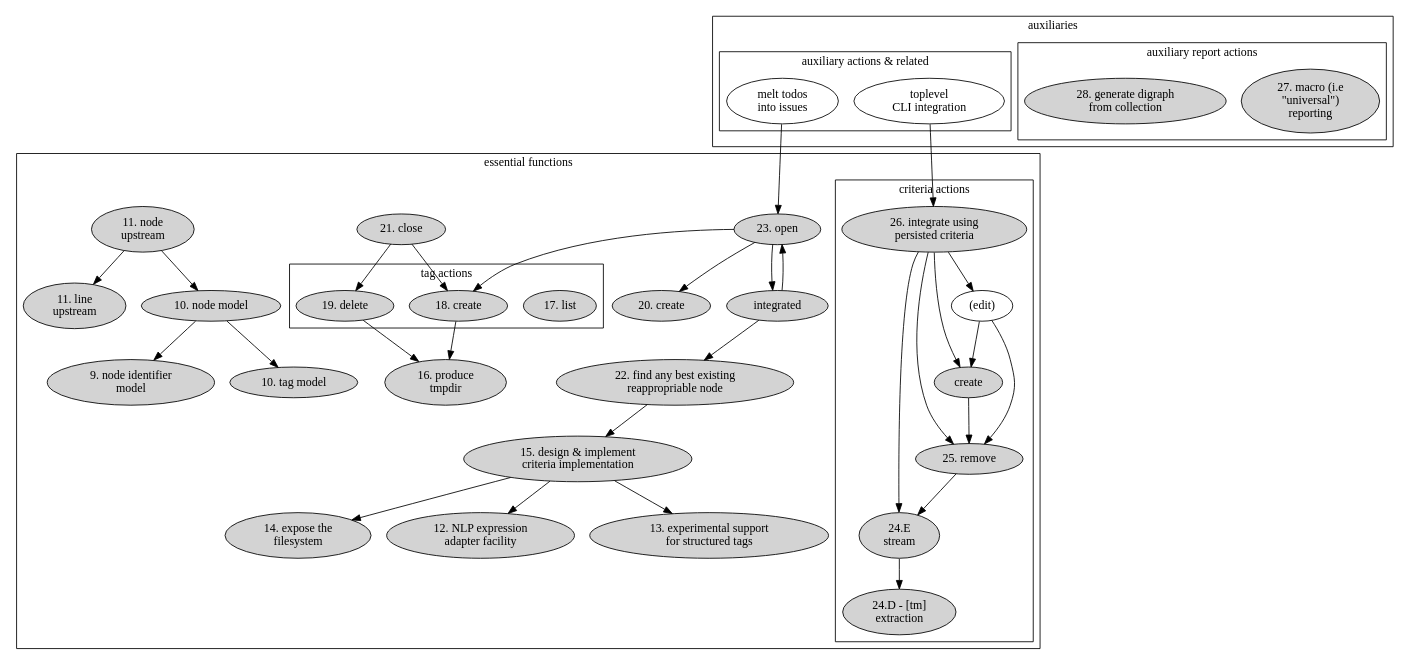
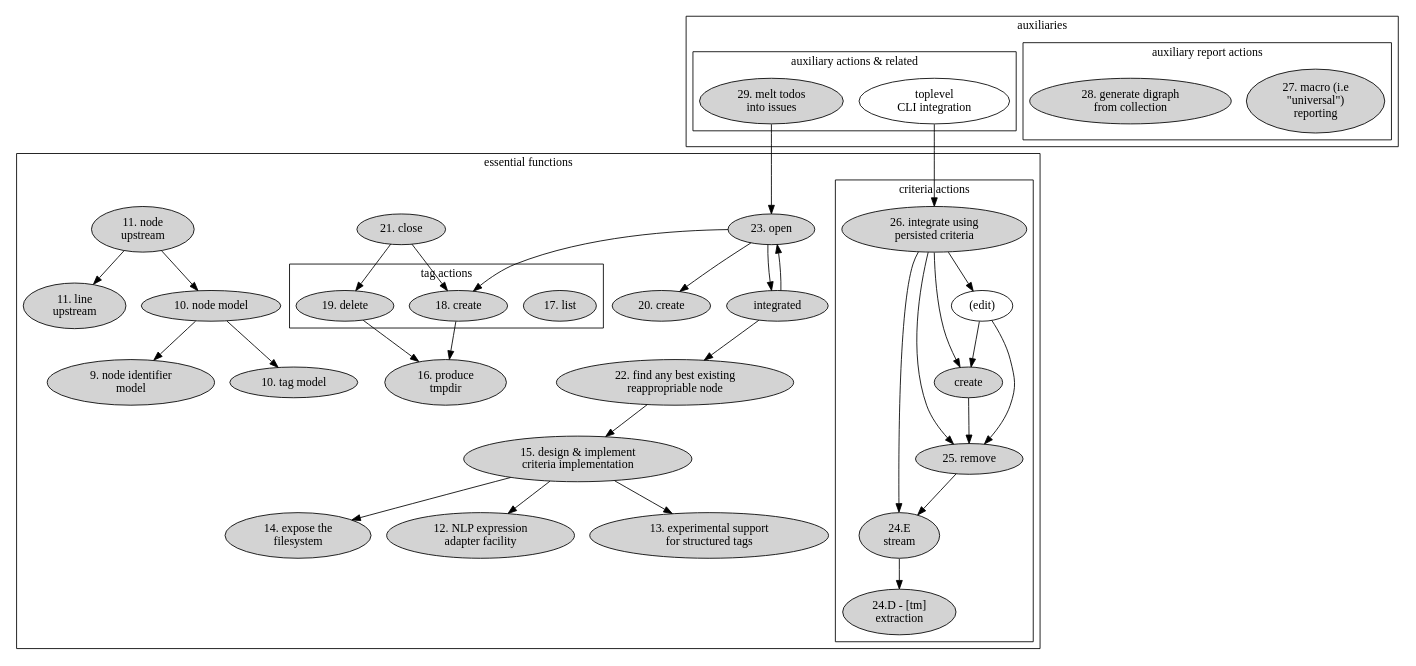
One commit to hipe/tmx changed the diagram in lib/skylab/snag/doc/issues/038/component-digraph.dot. Above: the diagram before and after it, drawn with Graphviz. The commit also changed 42 other files, not shown here.

```diff
--- a/lib/skylab/snag/doc/issues/038/component-digraph.dot
+++ b/lib/skylab/snag/doc/issues/038/component-digraph.dot
@@ -1,104 +1,104 @@
 digraph {
 
 subgraph cluster_main {
 
   label="essential functions"
 
   subgraph cluster_tag_actions {
     label="tag actions"
     tl [label="17. list" style=filled]
     ta [label="18. create" style=filled]
     tr [label="19. delete" style=filled]
   }
 
   mr [label="26. integrate using\npersisted criteria" style=filled]
 
   subgraph cluster_criteria_actions {
 
     label="criteria actions"
 
     mr_abs [label="24.D - [tm]\nextraction" style=filled]
 
     mr_s [label="24.E\nstream" style=filled]
     mr_s->mr_abs
     mr->mr_s
 
     mr_r [label="25. remove" style=filled]
     mr->mr_r
     mr_r->mr_s
 
     mr_c [label="create" style=filled]
     mr->mr_c
     mr_c->mr_r
 
     mr_e [label="(edit)"]
     mr->mr_e
     mr_e->mr_r
     mr_e->mr_c
   }
 
   aa [label="23. open" style=filled]
   ca [label="21. close" style=filled]
   de [label="15. design & implement\ncriteria implementation" style=filled]
   FS [label="14. expose the\nfilesystem" style=filled]
   line_upstream [label="11. line\nupstream" style=filled]
   NLP_experiment [label="12. NLP expression\nadapter facility" style=filled]
   node_identifier_model [label="9. node identifier\nmodel" style=filled]
   node_model [label="10. node model" style=filled]
   node_upstream [label="11. node\nupstream" style=filled]
   oaa [label="20. create" style=filled]
   rea [label="integrated" style=filled]
   rea_actor [label="22. find any best existing\nreappropriable node", style=filled]
   stru [label="13. experimental support\nfor structured tags" style=filled]
   tag_model [label="10. tag model" style=filled]
   tmpdir [label="16. produce\ntmpdir" style=filled]
 
   aa->rea
   aa->ta
 
   ca->tr
   ca->ta
 
   rea->aa
   aa->oaa
   rea->rea_actor
 
   rea_actor->de
   de->NLP_experiment
   de->FS
   de->stru
 
   node_upstream -> line_upstream
   node_upstream -> node_model
 
   node_model -> node_identifier_model
   node_model -> tag_model
 
   tr->tmpdir
   ta->tmpdir
 
 }
 subgraph cluster_after {
 
   label="auxiliaries"
 
   subgraph cluster_reports {
 
     label="auxiliary report actions"
     macro_rep [label="27. macro (i.e\n\"universal\")\nreporting" style=filled]
     digrah_ [label="28. generate digraph\nfrom collection" style=filled]
 
   }
 
   subgraph cluster_functions {
 
     label="auxiliary actions & related"
-    melt [label="melt todos\ninto issues"]
+    melt [label="29. melt todos\ninto issues" style=filled]
     top_cli [label="toplevel\nCLI integration"]
     top_cli->mr
 
   }
 }
 
 melt->aa
 }
```
